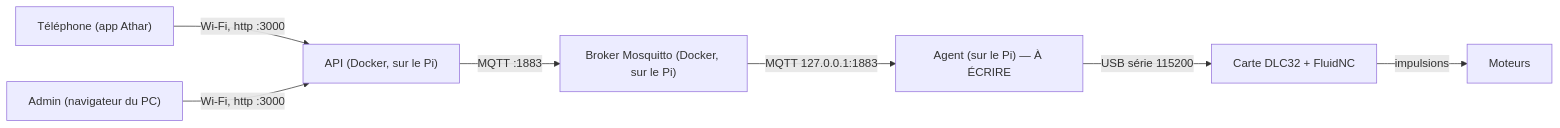
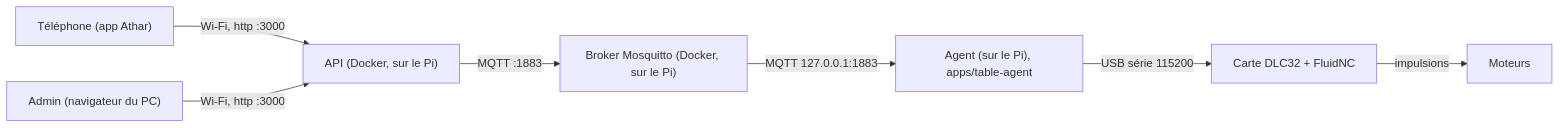
One commit to chedi-ouerghi/athar-Official changed the diagram in hardware/GUIDE-EQUIPE-DUBAI.md. Above: the diagram before and after it, drawn with Mermaid. The commit also changed other lines of this file and 32 other files, not shown here.

First line of the commit message:
feat(table-agent): implement the Pi <-> FluidNC bridge (apps/table-agent)

````diff
--- a/hardware/GUIDE-EQUIPE-DUBAI.md
+++ b/hardware/GUIDE-EQUIPE-DUBAI.md
@@ -35,9 +37,9 @@
 ```mermaid
 flowchart LR
   T["Téléphone (app Athar)"] -- "Wi-Fi, http :3000" --> A["API (Docker, sur le Pi)"]
   AD["Admin (navigateur du PC)"] -- "Wi-Fi, http :3000" --> A
   A -- "MQTT :1883" --> B["Broker Mosquitto (Docker, sur le Pi)"]
-  B -- "MQTT 127.0.0.1:1883" --> G["Agent (sur le Pi) — À ÉCRIRE"]
+  B -- "MQTT 127.0.0.1:1883" --> G["Agent (sur le Pi), apps/table-agent"]
   G -- "USB série 115200" --> D["Carte DLC32 + FluidNC"]
   D -- "impulsions" --> M["Moteurs"]
 ```
````
